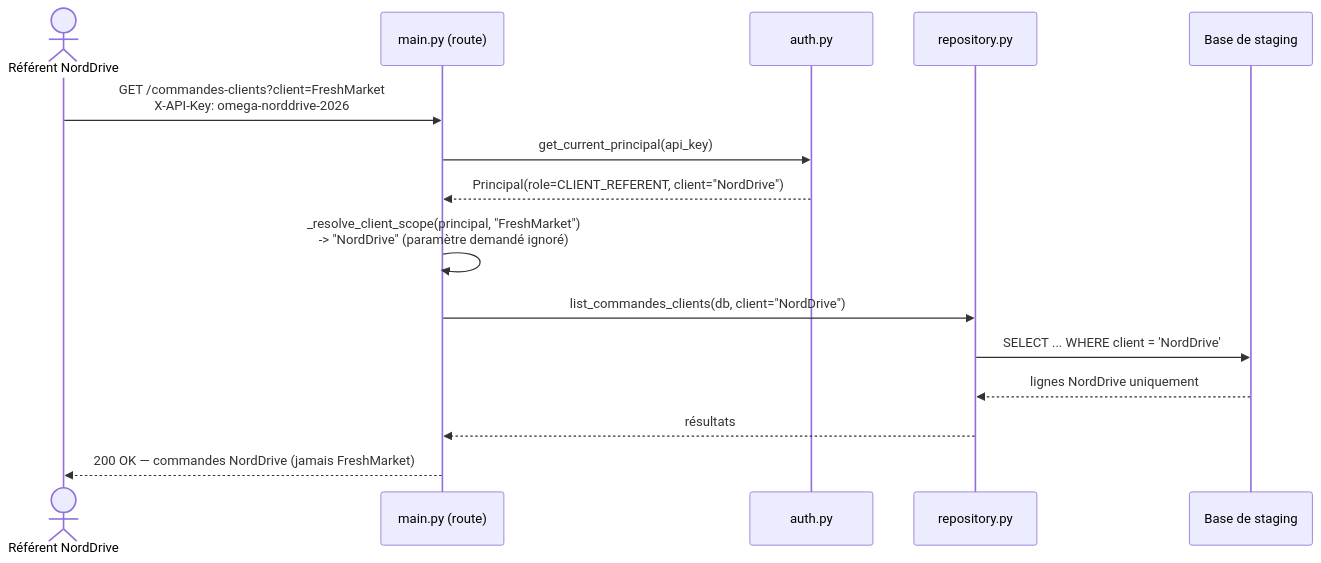
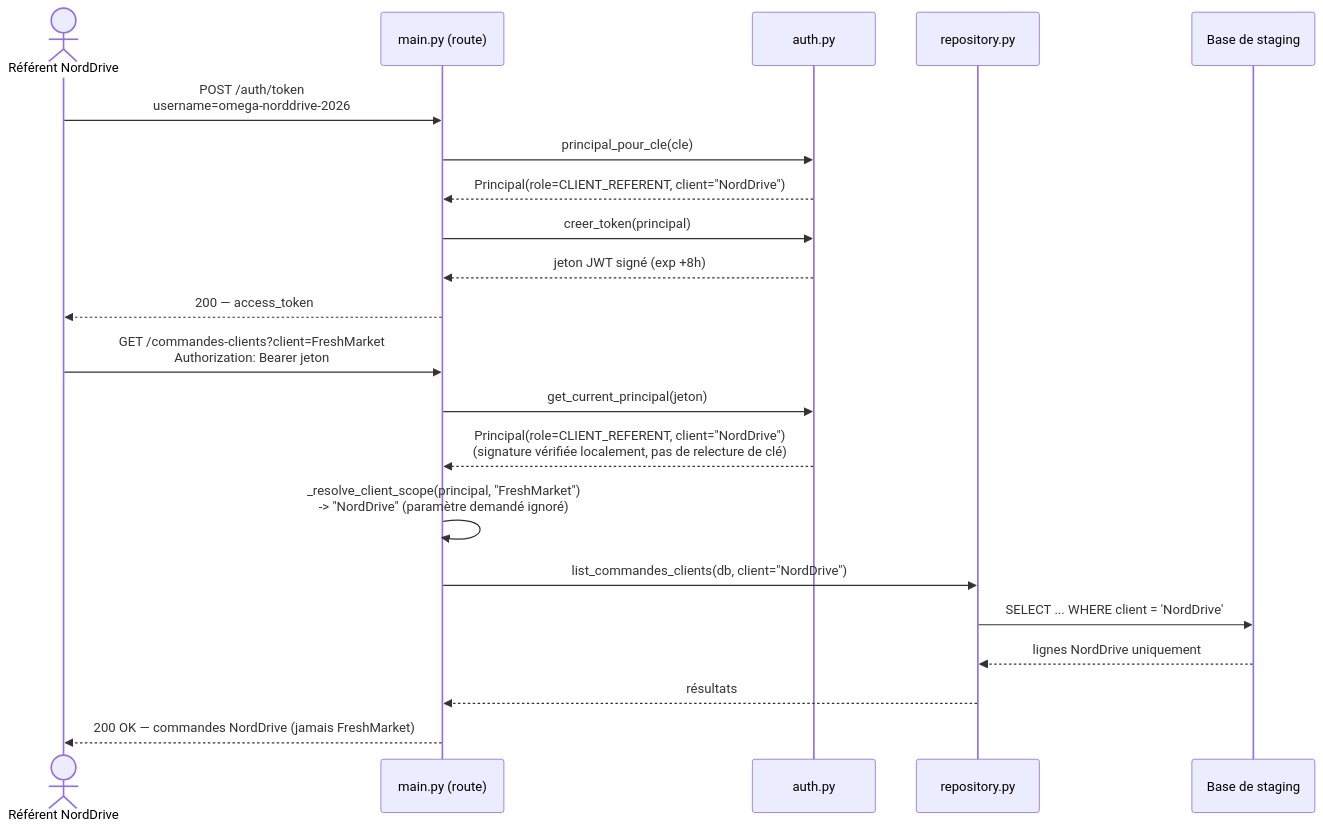
One commit to alaugier/datacore changed the third of 3 diagrams in docs/architecture/diagrammes_techniques.md. Above: the diagram before and after it, drawn with Mermaid. The commit also changed other lines of this file and 121 other files, not shown here.

First line of the commit message:
feat: authentification JWT réelle (C12) + fix Airflow + mise à jour post-soutenance

````diff
--- a/docs/architecture/diagrammes_techniques.md
+++ b/docs/architecture/diagrammes_techniques.md
@@ -94,18 +99,24 @@
 ```mermaid
 sequenceDiagram
     actor C as Référent NordDrive
     participant M as main.py (route)
     participant A as auth.py
     participant R as repository.py
     participant DB as Base de staging
 
-    C->>M: GET /commandes-clients?client=FreshMarket<br/>X-API-Key: omega-norddrive-2026
-    M->>A: get_current_principal(api_key)
+    C->>M: POST /auth/token<br/>username=omega-norddrive-2026
+    M->>A: principal_pour_cle(cle)
     A-->>M: Principal(role=CLIENT_REFERENT, client="NordDrive")
+    M->>A: creer_token(principal)
+    A-->>M: jeton JWT signé (exp +8h)
+    M-->>C: 200 — access_token
+    C->>M: GET /commandes-clients?client=FreshMarket<br/>Authorization: Bearer jeton
+    M->>A: get_current_principal(jeton)
+    A-->>M: Principal(role=CLIENT_REFERENT, client="NordDrive")<br/>(signature vérifiée localement, pas de relecture de clé)
     M->>M: _resolve_client_scope(principal, "FreshMarket")<br/>-> "NordDrive" (paramètre demandé ignoré)
     M->>R: list_commandes_clients(db, client="NordDrive")
     R->>DB: SELECT ... WHERE client = 'NordDrive'
     DB-->>R: lignes NordDrive uniquement
     R-->>M: résultats
     M-->>C: 200 OK — commandes NordDrive (jamais FreshMarket)
 ```
````
